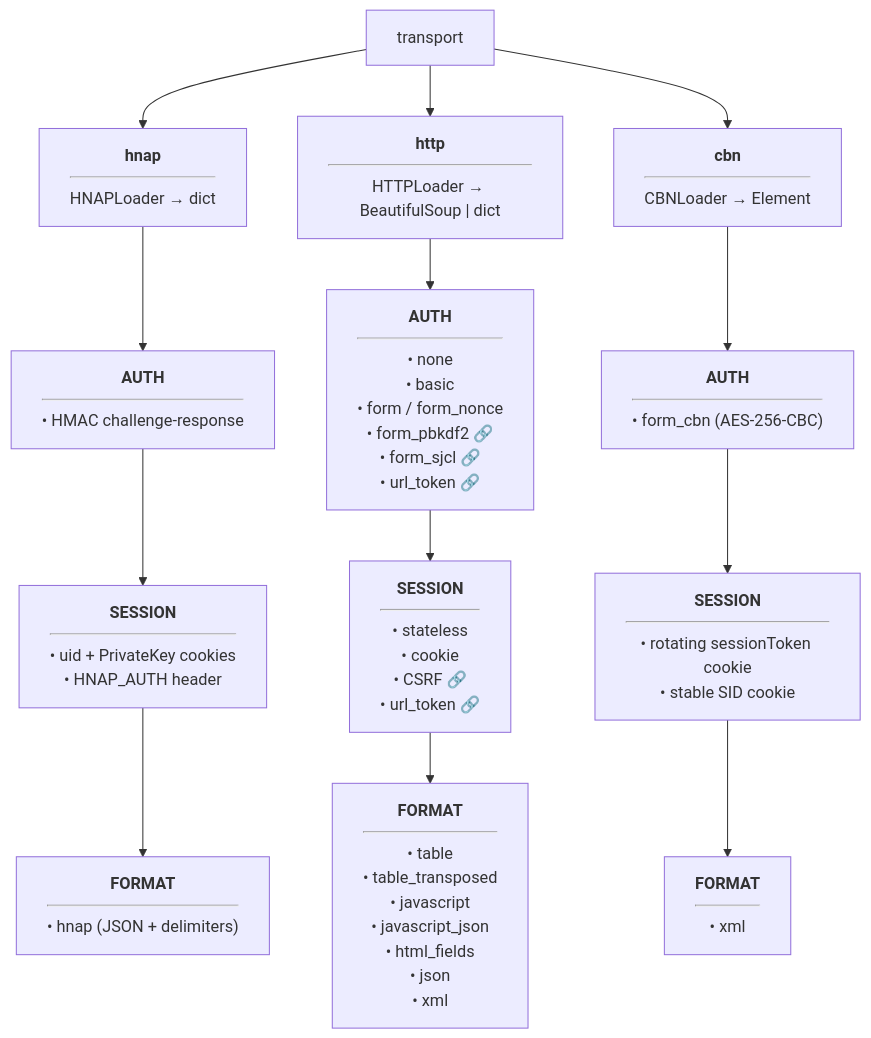
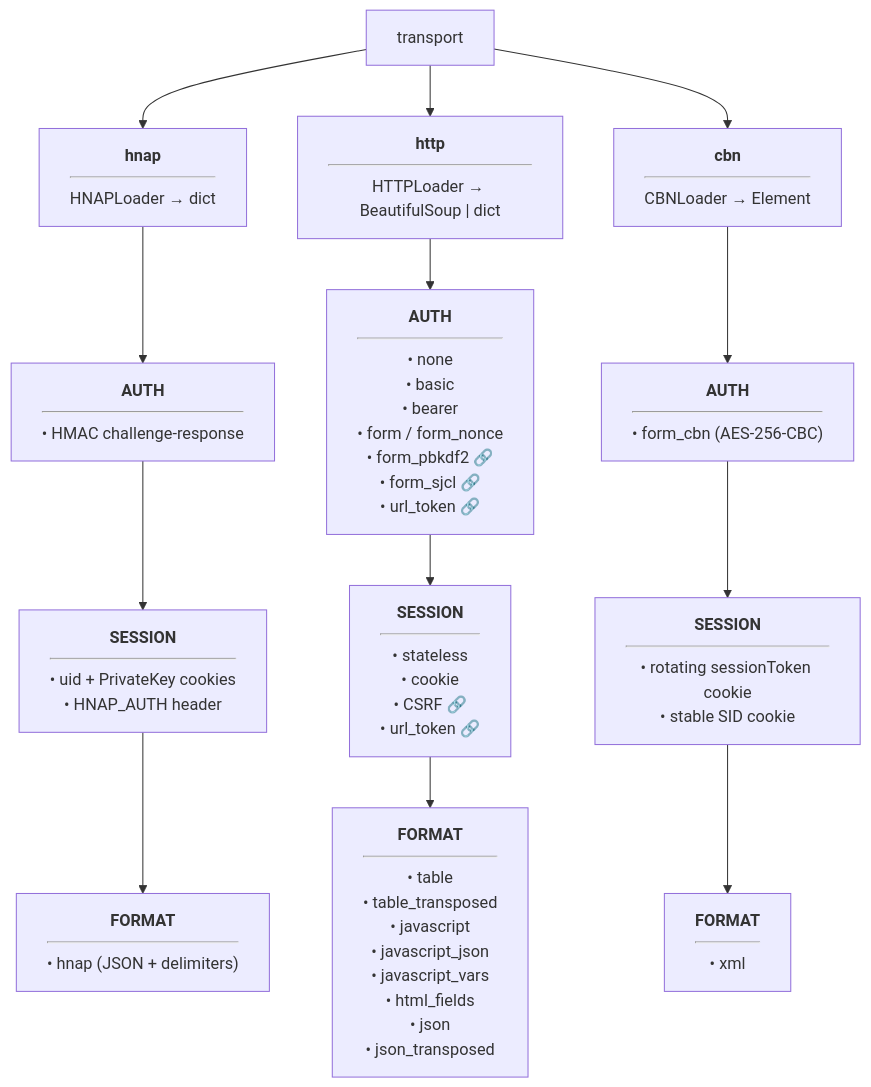
Before and after one commit to kwschulz/cable_modem_monitor: the second of 2 diagrams in packages/cable_modem_monitor_core/docs/ARCHITECTURE.md, drawn with Mermaid. The commit also changed other lines of this file and 10 other files, not shown here.

````diff
--- a/packages/cable_modem_monitor_core/docs/ARCHITECTURE.md
+++ b/packages/cable_modem_monitor_core/docs/ARCHITECTURE.md
@@ -219,18 +219,18 @@
 ```mermaid
 graph TD
     T[transport] --> HNAP["<b>hnap</b><hr/>HNAPLoader → dict"]
     T --> HTTP["<b>http</b><hr/>HTTPLoader → BeautifulSoup | dict"]
     T --> CBN["<b>cbn</b><hr/>CBNLoader → Element"]
 
     HNAP --> HA["<b>AUTH</b><hr/>• HMAC challenge-response"]
     HA --> HS["<b>SESSION</b><hr/>• uid + PrivateKey cookies<br/>• HNAP_AUTH header"]
     HS --> HF["<b>FORMAT</b><hr/>• hnap (JSON + delimiters)"]
 
-    HTTP --> HTA["<b>AUTH</b><hr/>• none<br/>• basic<br/>• form / form_nonce<br/>• form_pbkdf2 🔗<br/>• form_sjcl 🔗<br/>• url_token 🔗"]
+    HTTP --> HTA["<b>AUTH</b><hr/>• none<br/>• basic<br/>• bearer<br/>• form / form_nonce<br/>• form_pbkdf2 🔗<br/>• form_sjcl 🔗<br/>• url_token 🔗"]
     HTA --> HTS["<b>SESSION</b><hr/>• stateless<br/>• cookie<br/>• CSRF 🔗<br/>• url_token 🔗"]
-    HTS --> HTF["<b>FORMAT</b><hr/>• table<br/>• table_transposed<br/>• javascript<br/>• javascript_json<br/>• html_fields<br/>• json<br/>• xml"]
+    HTS --> HTF["<b>FORMAT</b><hr/>• table<br/>• table_transposed<br/>• javascript<br/>• javascript_json<br/>• javascript_vars<br/>• html_fields<br/>• json<br/>• json_transposed"]
 
     CBN --> CA["<b>AUTH</b><hr/>• form_cbn (AES-256-CBC)"]
     CA --> CS["<b>SESSION</b><hr/>• rotating sessionToken cookie<br/>• stable SID cookie"]
     CS --> CF["<b>FORMAT</b><hr/>• xml"]
 ```
````
